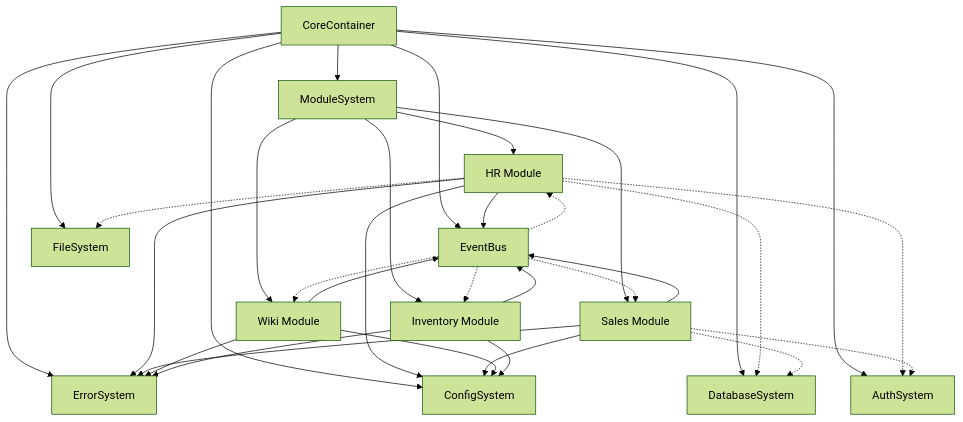
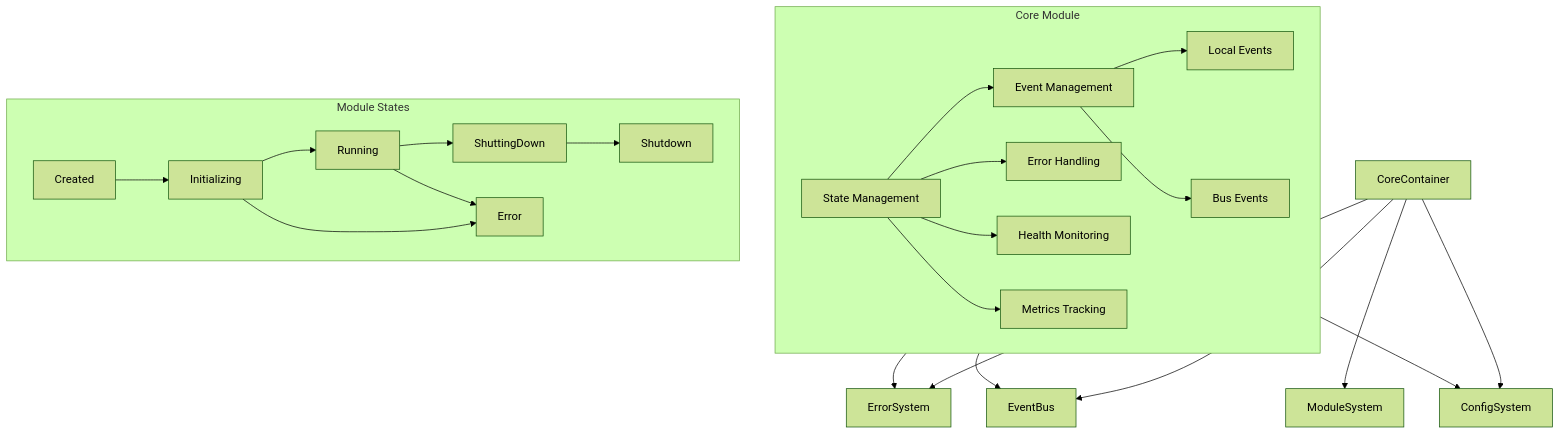
The diagram in src/core/module/module-system-docs-updated.md (mikko-severo/tsmis_v8), drawn with Mermaid (forest theme) before and after one commit. The commit also changed other lines of this file and 6 other files, not shown here.

Commit message:
Update Module system, Container system and its corresponding docs.

````diff
--- a/src/core/module/module-system-docs-updated.md
+++ b/src/core/module/module-system-docs-updated.md
@@ -43,50 +45,34 @@
 ```mermaid
 graph TB
     %% Core Container Level
     CC[CoreContainer] --> ES[ErrorSystem]
     CC --> MS[ModuleSystem]
     CC --> EB[EventBus]
     CC --> CFG[ConfigSystem]
 
-    %% ModuleSystem managing business modules
-    MS --> HR[HR Module]
-    MS --> SALES[Sales Module]
-    MS --> WIKI[Wiki Module]
-    MS --> INV[Inventory Module]
+    %% Core Module Structure
+    subgraph CoreModule[Core Module]
+        ST[State Management] --> EM[Event Management]
+        ST --> EH[Error Handling]
+        ST --> HM[Health Monitoring]
+        ST --> MT[Metrics Tracking]
+        
+        EM --> LE[Local Events]
+        EM --> BE[Bus Events]
+    end
 
-    %% Core module dependencies
-    HR --> ES
-    HR --> EB
-    HR --> CFG
+    %% Core Dependencies
+    CoreModule --> ES
+    CoreModule --> EB
+    CoreModule --> CFG
 
-    SALES --> ES
-    SALES --> EB
-    SALES --> CFG
-
-    WIKI --> ES
-    WIKI --> EB
-    WIKI --> CFG
-
-    INV --> ES
-    INV --> EB
-    INV --> CFG
-
-    %% Service systems would be registered with container
-    CC --> DBS[DatabaseSystem]
-    CC --> AS[AuthSystem]
-    CC --> FS[FileSystem]
-
-    %% Service system dependencies would be injected into modules that need them
-    HR -.-> DBS
-    HR -.-> AS
-    HR -.-> FS
-
-    SALES -.-> DBS
-    SALES -.-> AS
-
-    %% Event communication
-    EB -.-> HR
-    EB -.-> SALES
-    EB -.-> WIKI
-    EB -.-> INV
+    %% State Flow
+    subgraph States[Module States]
+        Created --> Initializing
+        Initializing --> Running
+        Running --> ShuttingDown
+        ShuttingDown --> Shutdown
+        Running --> Error
+        Initializing --> Error
+    end
 ```
````
